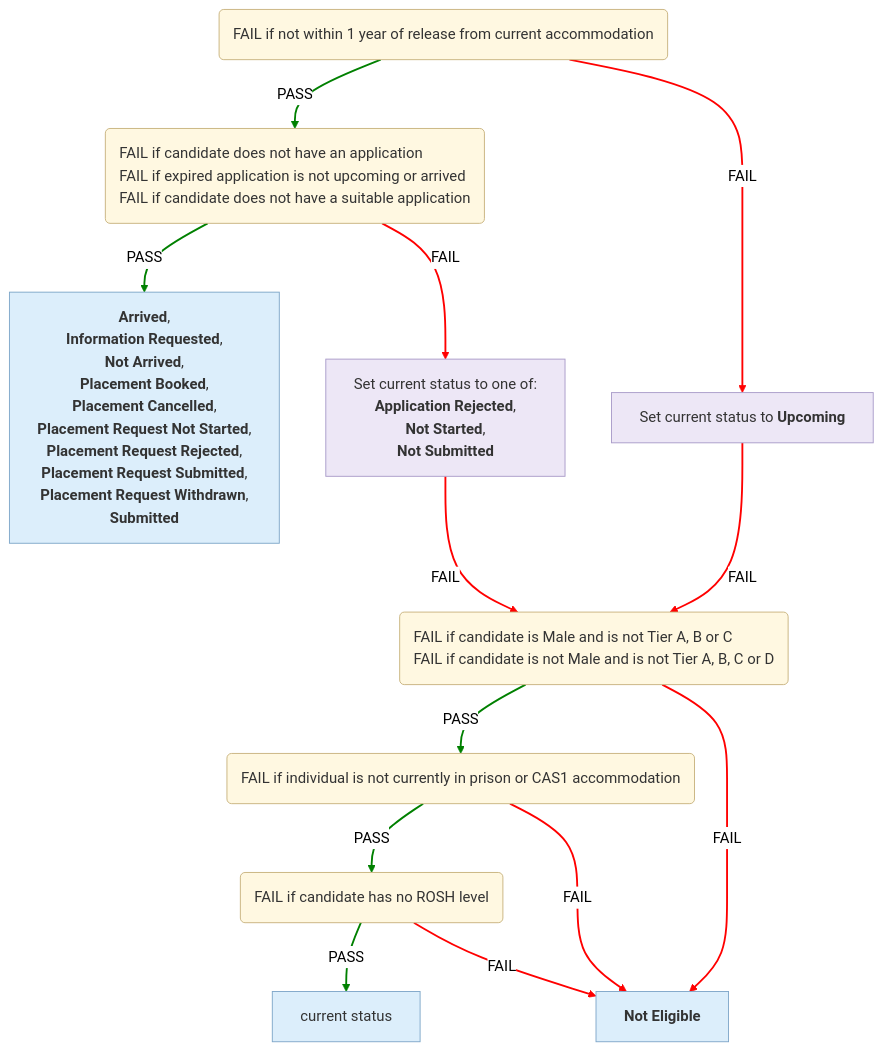
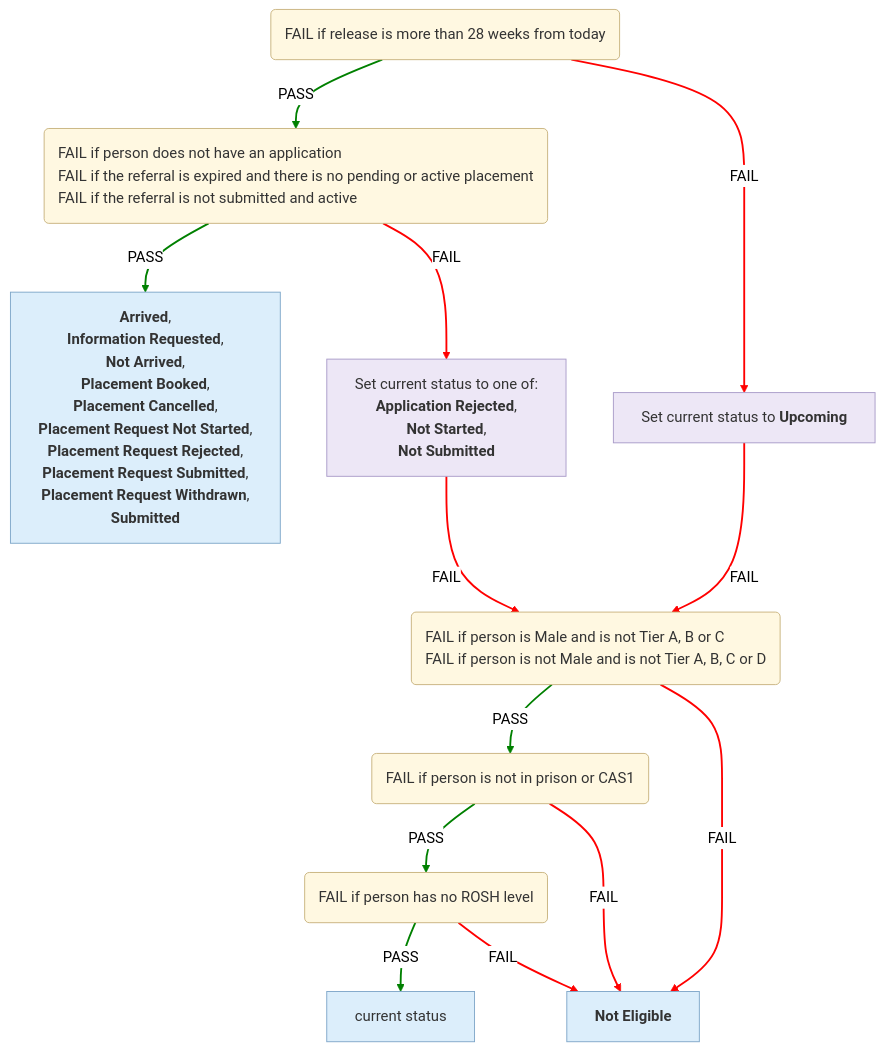
The first of 6 diagrams in docs/eligibility-rules-graph.md (ministryofjustice/hmpps-single-accommodation-service-api), drawn with Mermaid (neutral theme) before and after one commit. The commit also changed other lines of this file and 275 other files, not shown here.

Commit message:
chore/SAS-1544-Make-language-more-natural-for-Fail-descriptions

````diff
--- a/docs/eligibility-rules-graph.md
+++ b/docs/eligibility-rules-graph.md
@@ -9,49 +9,49 @@
 ```mermaid
 %%{init: {"flowchart": {"wrappingWidth": 800}}}%%
 flowchart TD
-  Upcoming("<div style='text-align:left'>FAIL if not within 1 year of release from current accommodation</div>")
-  Suitability("<div style='text-align:left'>FAIL if candidate does not have an application
-FAIL if expired application is not upcoming or arrived
-FAIL if candidate does not have a suitable application</div>")
-  outcome_Cas1CompletionContextUpdater["<b>Arrived</b>,
+  Release_Within_28_Weeks("<div style='text-align:left'>FAIL if release is more than 28 weeks from today</div>")
+  CAS1_Referral("<div style='text-align:left'>FAIL if person does not have an application
+FAIL if the referral is expired and there is no pending or active placement
+FAIL if the referral is not submitted and active</div>")
+  outcome_Cas1ActiveContextUpdater["<b>Arrived</b>,
  <b>Information Requested</b>,
  <b>Not Arrived</b>,
  <b>Placement Booked</b>,
  <b>Placement Cancelled</b>,
  <b>Placement Request Not Started</b>,
  <b>Placement Request Rejected</b>,
  <b>Placement Request Submitted</b>,
  <b>Placement Request Withdrawn</b>,
  <b>Submitted</b>"]
-  updater_Cas1SuitabilityContextUpdater["Set current status to one of:
+  updater_Cas1StartContextUpdater["Set current status to one of:
 <b>Application Rejected</b>,
  <b>Not Started</b>,
  <b>Not Submitted</b>"]
-  Eligibility_Tier("<div style='text-align:left'>FAIL if candidate is Male and is not Tier A, B or C
-FAIL if candidate is not Male and is not Tier A, B, C or D</div>")
-  Eligibility_Current_Accommodation("<div style='text-align:left'>FAIL if individual is not currently in prison or CAS1 accommodation</div>")
-  Eligibility_Rosh("<div style='text-align:left'>FAIL if candidate has no ROSH level</div>")
+  Tier_Eligible_For_CAS1("<div style='text-align:left'>FAIL if person is Male and is not Tier A, B or C
+FAIL if person is not Male and is not Tier A, B, C or D</div>")
+  Current_Accommodation_Eligible_For_CAS1("<div style='text-align:left'>FAIL if person is not in prison or CAS1</div>")
+  ROSH_Eligible("<div style='text-align:left'>FAIL if person has no ROSH level</div>")
   confirmed["current status"]
   CAS1_NOT_ELIGIBLE["<b>Not Eligible</b>"]
   updater_Cas1UpcomingContextUpdater["Set current status to <b>Upcoming</b>"]
-  Suitability -->|PASS| outcome_Cas1CompletionContextUpdater
-  Suitability -->|FAIL| updater_Cas1SuitabilityContextUpdater
-  Eligibility_Rosh -->|PASS| confirmed
-  Eligibility_Rosh -->|FAIL| CAS1_NOT_ELIGIBLE
-  Eligibility_Current_Accommodation -->|PASS| Eligibility_Rosh
-  Eligibility_Current_Accommodation -->|FAIL| CAS1_NOT_ELIGIBLE
-  Eligibility_Tier -->|PASS| Eligibility_Current_Accommodation
-  Eligibility_Tier -->|FAIL| CAS1_NOT_ELIGIBLE
-  updater_Cas1SuitabilityContextUpdater -->|FAIL| Eligibility_Tier
-  Upcoming -->|PASS| Suitability
-  Upcoming -->|FAIL| updater_Cas1UpcomingContextUpdater
-  updater_Cas1UpcomingContextUpdater -->|FAIL| Eligibility_Tier
+  CAS1_Referral -->|PASS| outcome_Cas1ActiveContextUpdater
+  CAS1_Referral -->|FAIL| updater_Cas1StartContextUpdater
+  ROSH_Eligible -->|PASS| confirmed
+  ROSH_Eligible -->|FAIL| CAS1_NOT_ELIGIBLE
+  Current_Accommodation_Eligible_For_CAS1 -->|PASS| ROSH_Eligible
+  Current_Accommodation_Eligible_For_CAS1 -->|FAIL| CAS1_NOT_ELIGIBLE
+  Tier_Eligible_For_CAS1 -->|PASS| Current_Accommodation_Eligible_For_CAS1
+  Tier_Eligible_For_CAS1 -->|FAIL| CAS1_NOT_ELIGIBLE
+  updater_Cas1StartContextUpdater -->|FAIL| Tier_Eligible_For_CAS1
+  Release_Within_28_Weeks -->|PASS| CAS1_Referral
+  Release_Within_28_Weeks -->|FAIL| updater_Cas1UpcomingContextUpdater
+  updater_Cas1UpcomingContextUpdater -->|FAIL| Tier_Eligible_For_CAS1
   linkStyle 0,2,4,6,9 stroke:green,stroke-width:2px
   linkStyle 1,3,5,7,8,10,11 stroke:red,stroke-width:2px
   classDef ruleSetNode fill:#FFF8E1,stroke:#C9B37E,color:#333
   classDef outcomeNode fill:#DCEEFB,stroke:#7FA7C9,color:#333
   classDef updaterNode fill:#EDE7F6,stroke:#A99BC9,color:#333
-  class Upcoming,Suitability,Eligibility_Tier,Eligibility_Current_Accommodation,Eligibility_Rosh ruleSetNode
-  class outcome_Cas1CompletionContextUpdater,confirmed,CAS1_NOT_ELIGIBLE outcomeNode
-  class updater_Cas1SuitabilityContextUpdater,updater_Cas1UpcomingContextUpdater updaterNode
+  class Release_Within_28_Weeks,CAS1_Referral,Tier_Eligible_For_CAS1,Current_Accommodation_Eligible_For_CAS1,ROSH_Eligible ruleSetNode
+  class outcome_Cas1ActiveContextUpdater,confirmed,CAS1_NOT_ELIGIBLE outcomeNode
+  class updater_Cas1StartContextUpdater,updater_Cas1UpcomingContextUpdater updaterNode
 ```
````
